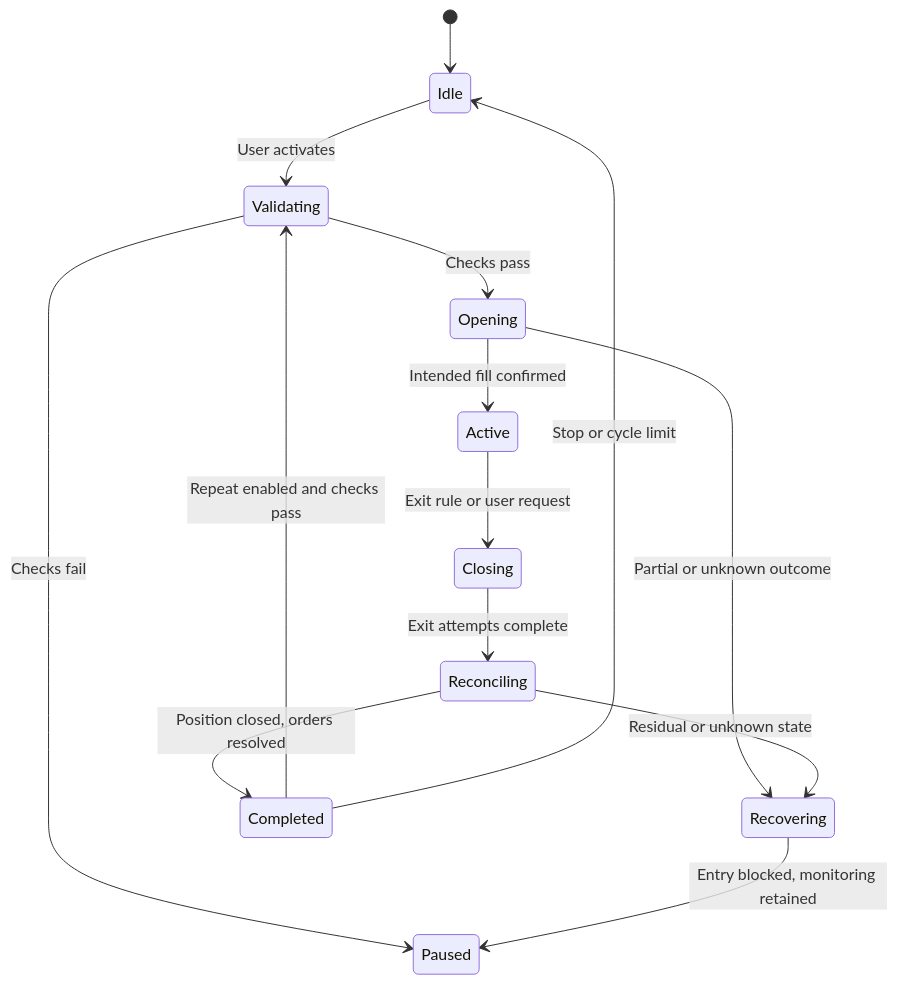
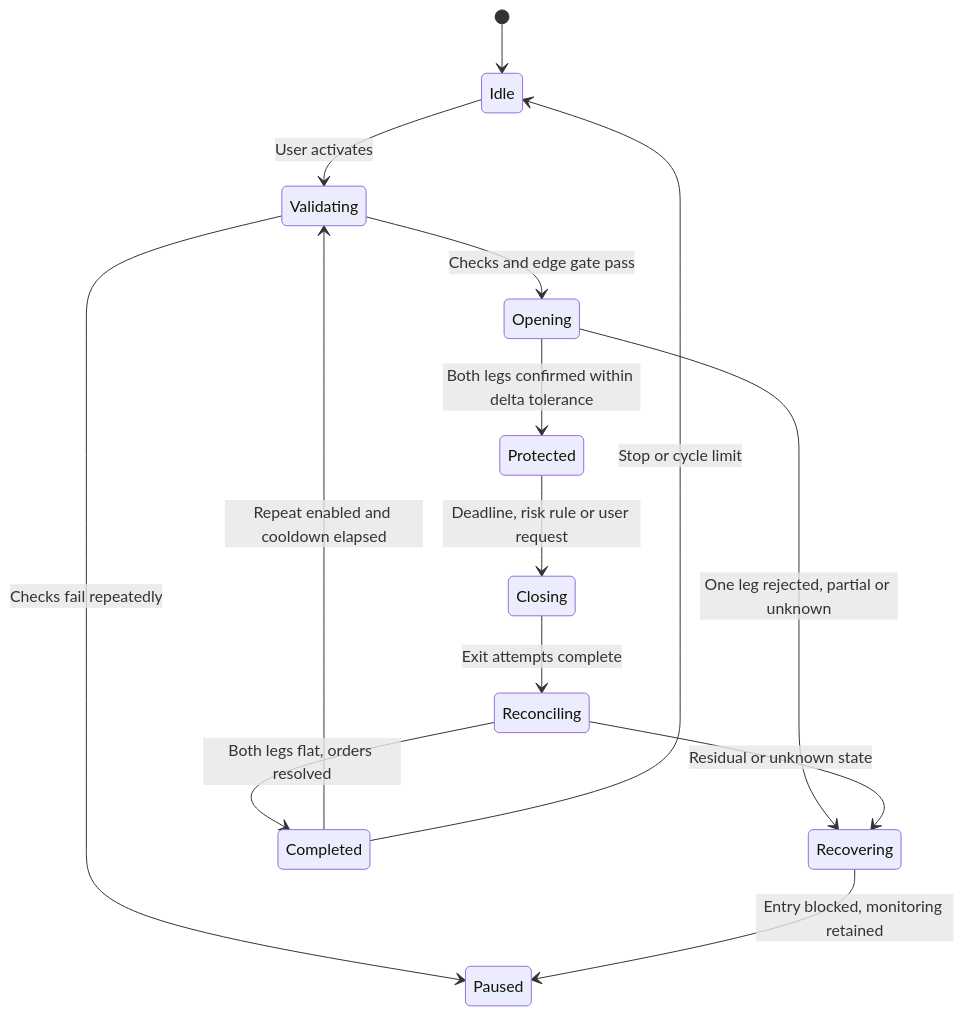
One commit to Dja-Cripto/TxEquibot changed the diagram in docs/product/BOT-BEHAVIOR.md. Above: the diagram before and after it, drawn with Mermaid. The commit also changed other lines of this file and 22 other files, not shown here.

````diff
--- a/docs/product/BOT-BEHAVIOR.md
+++ b/docs/product/BOT-BEHAVIOR.md
@@ -13,16 +17,16 @@
 ```mermaid
 stateDiagram-v2
     [*] --> Idle
     Idle --> Validating: User activates
-    Validating --> Opening: Checks pass
-    Validating --> Paused: Checks fail
-    Opening --> Active: Intended fill confirmed
-    Opening --> Recovering: Partial or unknown outcome
-    Active --> Closing: Exit rule or user request
+    Validating --> Opening: Checks and edge gate pass
+    Validating --> Paused: Checks fail repeatedly
+    Opening --> Protected: Both legs confirmed within delta tolerance
+    Opening --> Recovering: One leg rejected, partial or unknown
+    Protected --> Closing: Deadline, risk rule or user request
     Closing --> Reconciling: Exit attempts complete
-    Reconciling --> Completed: Position closed, orders resolved
+    Reconciling --> Completed: Both legs flat, orders resolved
     Reconciling --> Recovering: Residual or unknown state
     Recovering --> Paused: Entry blocked, monitoring retained
-    Completed --> Validating: Repeat enabled and checks pass
+    Completed --> Validating: Repeat enabled and cooldown elapsed
     Completed --> Idle: Stop or cycle limit
 ```
````
